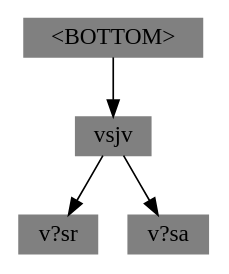
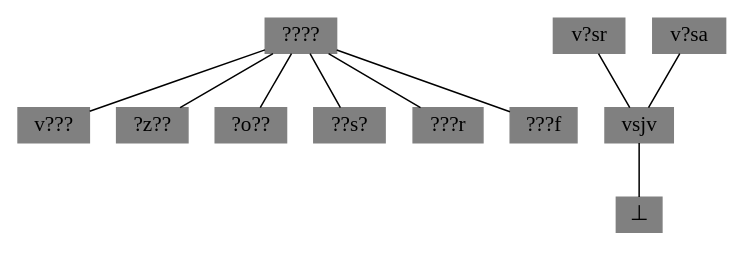
Before and after one commit to NorfairKing/ai_alternative-exam: the diagram in graphs/test.gv, drawn with Graphviz. The commit also changed 1 other file, not shown here.

Commit message:
more graph stuff, figure out node ordering!!

```diff
--- a/graphs/test.gv
+++ b/graphs/test.gv
@@ -1,8 +1,17 @@
 /* courtesy Ian Darwin and Geoff Collyer, Softquad Inc. */
 digraph unix {
     size="6,6";
     node [shape=rect,color=grey, style=filled, height=0.15, width=0.3];
-    "<BOTTOM>" -> "vsjv";
-    "vsjv" -> "v?sr";
-    "vsjv" -> "v?sa";
+    edge [arrowhead = none]
+    
+    "????" -> "v???"
+    "????" -> "?z??"
+    "????" -> "?o??"
+    "????" -> "??s?"
+    "????" -> "???r"
+    "????" -> "???f"
+
+    "v?sr" -> "vsjv";
+    "v?sa" -> "vsjv";
+    "vsjv" -> "&#8869;";
 }
```
